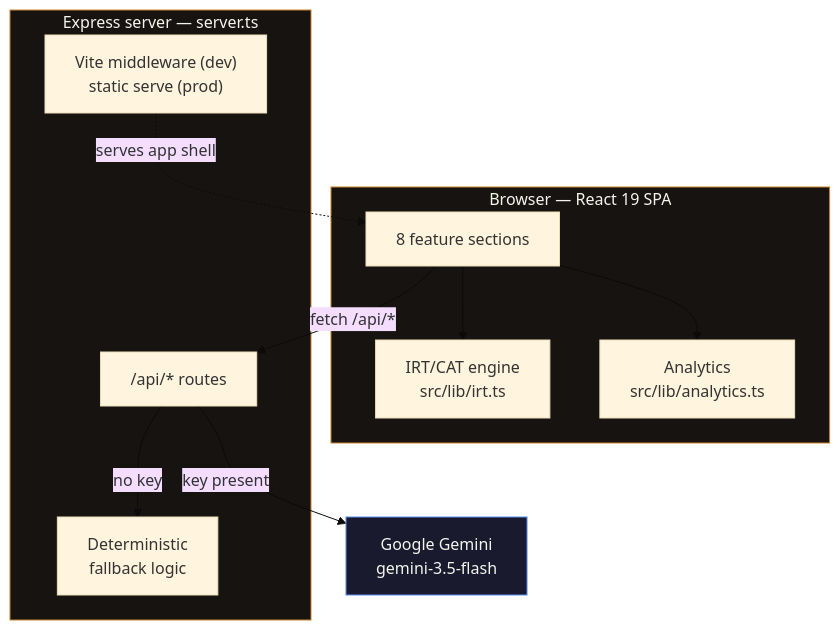
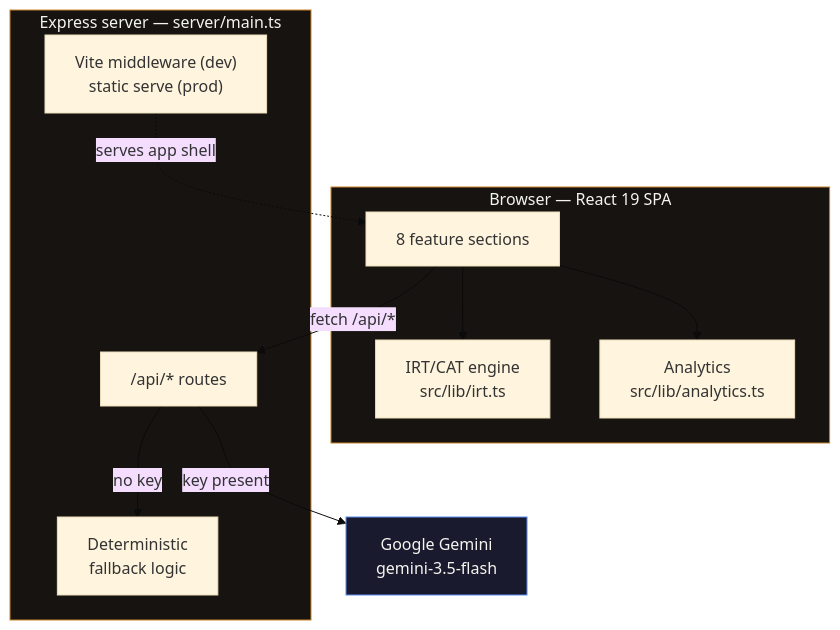
One commit to gmtigrisva123/CalculixHub changed the diagram in README.md. Above: the diagram before and after it, drawn with Mermaid (base theme). The commit also changed other lines of this file, not shown here.

````diff
--- a/README.md
+++ b/README.md
@@ -325,27 +325,27 @@
 ```mermaid
 flowchart TB
     subgraph browser["Browser — React 19 SPA"]
         UI["8 feature sections"]
         IRT["IRT/CAT engine<br/>src/lib/irt.ts"]
         AN["Analytics<br/>src/lib/analytics.ts"]
         UI --> IRT
         UI --> AN
     end
 
-    subgraph server["Express server — server.ts"]
+    subgraph server["Express server — server/main.ts"]
         API["/api/* routes"]
         FB["Deterministic<br/>fallback logic"]
         VITE["Vite middleware (dev)<br/>static serve (prod)"]
     end
 
     GEM["Google Gemini<br/>gemini-3.5-flash"]
 
     UI -->|"fetch /api/*"| API
     API -->|"key present"| GEM
     API -->|"no key"| FB
     VITE -.->|"serves app shell"| UI
 
     style browser fill:#161310,stroke:#c8842a,color:#f5f5f0
     style server fill:#161310,stroke:#c8842a,color:#f5f5f0
     style GEM fill:#1a1a2e,stroke:#5b8def,color:#f5f5f0
 ```
````
